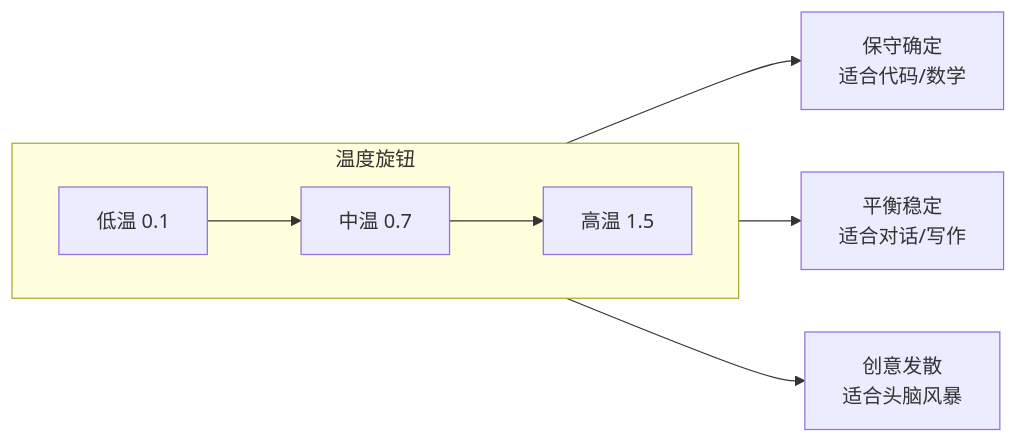
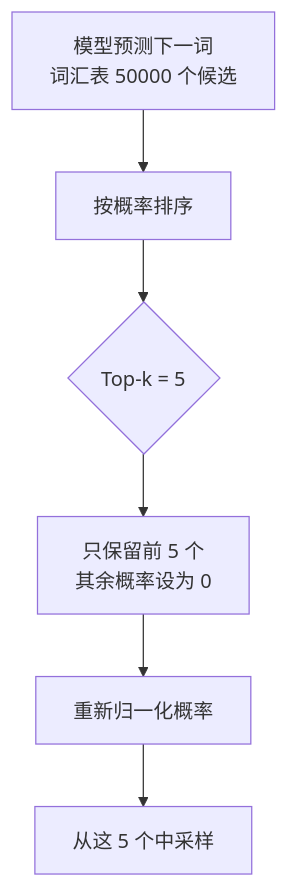
One commit to Unclecheng-li/Hello-AI changed the second of 5 diagrams in docs/basics/temperature-sampling.md. Above: the diagram before and after it, drawn with Mermaid. The commit also changed other lines of this file and 7 other files, not shown here.

````diff
--- a/docs/basics/temperature-sampling.md
+++ b/docs/basics/temperature-sampling.md
@@ -98,12 +77,8 @@
 ```mermaid
-flowchart LR
-    subgraph 温度旋钮
-        direction LR
-        A[低温 0.1] --> B[中温 0.7]
-        B --> C[高温 1.5]
-    end
-    
-    A --> D[保守确定<br>适合代码/数学]
-    B --> E[平衡稳定<br>适合对话/写作]
-    C --> F[创意发散<br>适合头脑风暴]
+flowchart TD
+    A[模型预测下一词<br/>词汇表 50000 个候选] --> B[按概率排序]
+    B --> C{Top-k = 5}
+    C --> D[只保留前 5 个<br/>其余概率设为 0]
+    D --> E[重新归一化概率]
+    E --> F[从这 5 个中采样]
 ```
````
